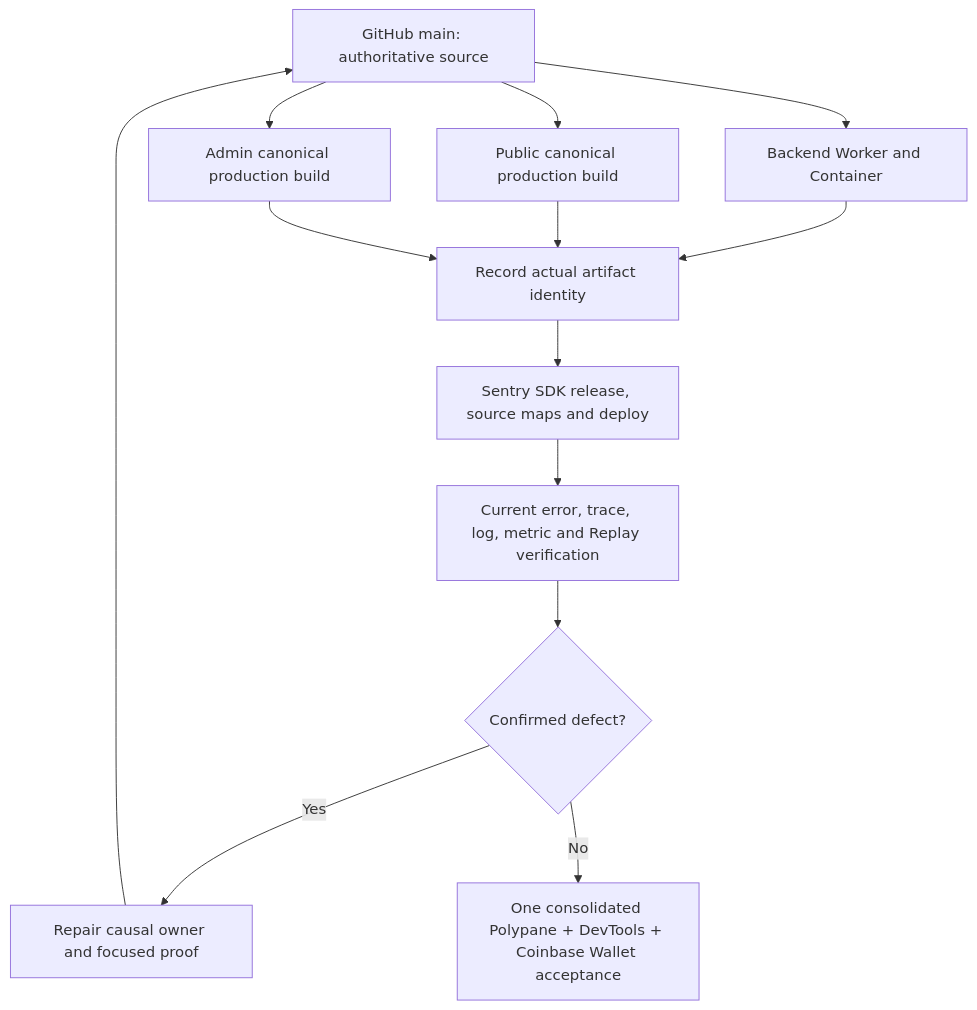
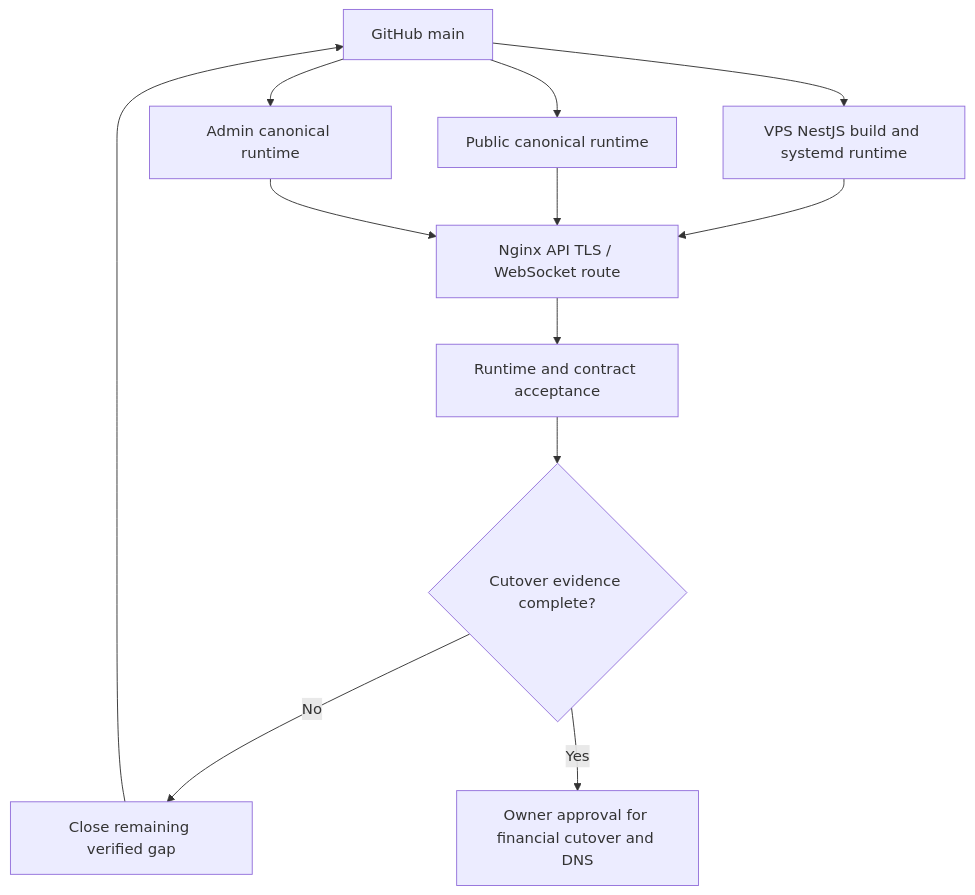
One commit to Mellonelay/Nexi changed the fourth of 5 diagrams in docs/architecture/NEXI_ARCHITECTURE_DIAGRAMS.md. Above: the diagram before and after it, drawn with Mermaid. The commit also changed other lines of this file and 102 other files, not shown here.

Commit message:
feat: integrate VPS SQLite backend migration

````diff
--- a/docs/architecture/NEXI_ARCHITECTURE_DIAGRAMS.md
+++ b/docs/architecture/NEXI_ARCHITECTURE_DIAGRAMS.md
@@ -79,15 +79,14 @@
 ```mermaid
 flowchart TD
-  G["GitHub main: authoritative source"] --> B["Backend Worker and Container"]
-  G --> P["Public canonical production build"]
-  G --> A["Admin canonical production build"]
-  B --> R["Record actual artifact identity"]
-  P --> R
-  A --> R
-  R --> S["Sentry SDK release, source maps and deploy"]
-  S --> Q["Current error, trace, log, metric and Replay verification"]
-  Q --> F{"Confirmed defect?"}
-  F -- Yes --> C["Repair causal owner and focused proof"]
+  G["GitHub main"] --> B["VPS NestJS build and systemd runtime"]
+  G --> P["Public canonical runtime"]
+  G --> A["Admin canonical runtime"]
+  B --> N["Nginx API TLS / WebSocket route"]
+  P --> N
+  A --> N
+  N --> Q["Runtime and contract acceptance"]
+  Q --> F{"Cutover evidence complete?"}
+  F -- No --> C["Close remaining verified gap"]
   C --> G
-  F -- No --> T["One consolidated Polypane + DevTools + Coinbase Wallet acceptance"]
+  F -- Yes --> O["Owner approval for financial cutover and DNS"]
 ```
````
